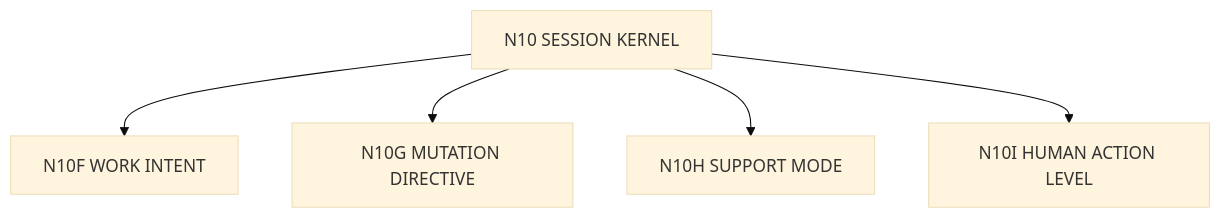
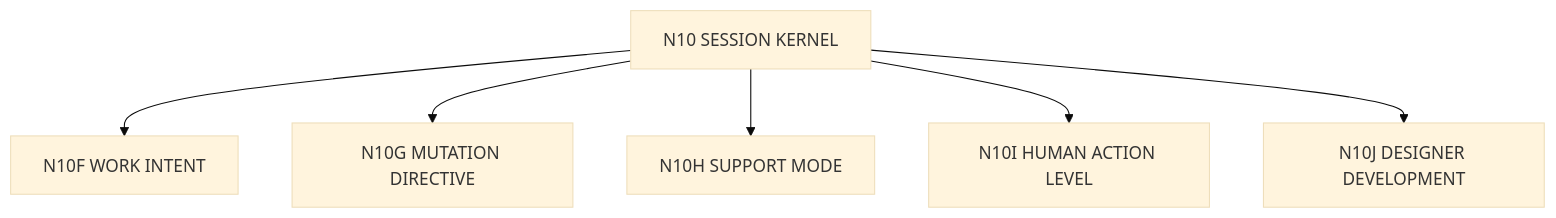
Before and after one commit to Jiaosong/Design: the third of 3 diagrams in product-docs/v0.3/nodes/N10_SESSION_KERNEL.md, drawn with Mermaid (base theme). The commit also changed other lines of this file and 71 other files, not shown here.

````diff
--- a/product-docs/v0.3/nodes/N10_SESSION_KERNEL.md
+++ b/product-docs/v0.3/nodes/N10_SESSION_KERNEL.md
@@ -69,8 +81,9 @@
 ```mermaid
 flowchart TB
     P[N10 SESSION KERNEL]
     P --> N10F[N10F WORK INTENT]
     P --> N10G[N10G MUTATION DIRECTIVE]
     P --> N10H[N10H SUPPORT MODE]
     P --> N10I[N10I HUMAN ACTION LEVEL]
+    P --> N10J[N10J DESIGNER DEVELOPMENT]
 ```
````
